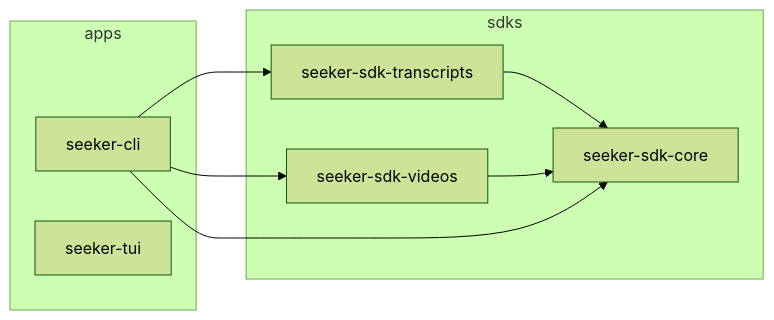
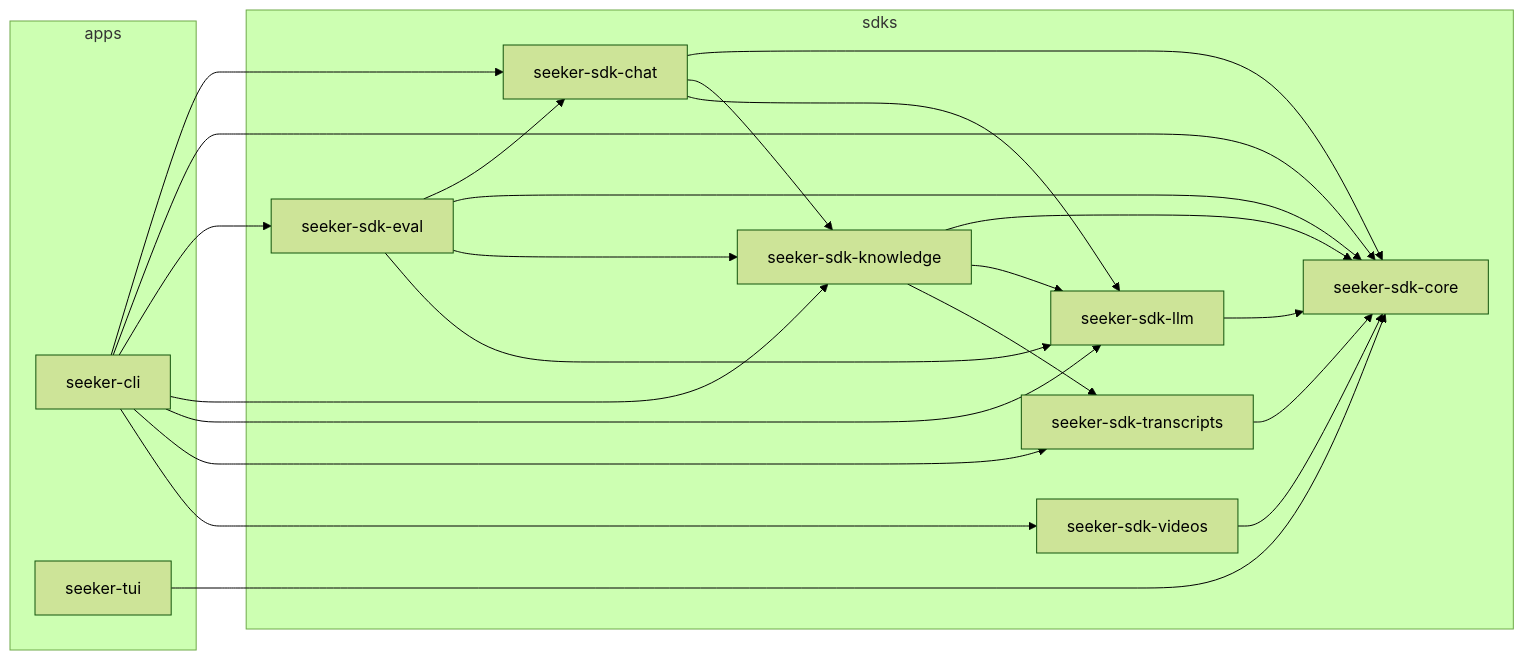
One commit to kbhatiya999/adam-seeker-metadata changed the diagram in docs/architecture.md. Above: the diagram before and after it, drawn with Mermaid (forest theme). The commit also changed other lines of this file and 59 other files, not shown here.

First line of the commit message:
Knowledge, chat, eval and llm SDKs: strategies, tools and evaluation (#357)

````diff
--- a/docs/architecture.md
+++ b/docs/architecture.md
@@ -71,17 +107,37 @@
 ```mermaid
 graph LR
   subgraph sdks
     sdk_core["seeker-sdk-core"]
+    sdk_llm["seeker-sdk-llm"]
     sdk_transcripts["seeker-sdk-transcripts"]
+    sdk_knowledge["seeker-sdk-knowledge"]
+    sdk_chat["seeker-sdk-chat"]
+    sdk_eval["seeker-sdk-eval"]
     sdk_videos["seeker-sdk-videos"]
   end
   subgraph apps
     app_cli["seeker-cli"]
     app_tui["seeker-tui"]
   end
+  sdk_llm --> sdk_core
   sdk_transcripts --> sdk_core
+  sdk_knowledge --> sdk_core
+  sdk_knowledge --> sdk_llm
+  sdk_knowledge --> sdk_transcripts
+  sdk_chat --> sdk_core
+  sdk_chat --> sdk_knowledge
+  sdk_chat --> sdk_llm
+  sdk_eval --> sdk_chat
+  sdk_eval --> sdk_core
+  sdk_eval --> sdk_knowledge
+  sdk_eval --> sdk_llm
   sdk_videos --> sdk_core
+  app_cli --> sdk_chat
   app_cli --> sdk_core
+  app_cli --> sdk_eval
+  app_cli --> sdk_knowledge
+  app_cli --> sdk_llm
   app_cli --> sdk_transcripts
   app_cli --> sdk_videos
+  app_tui --> sdk_core
 ```
````
